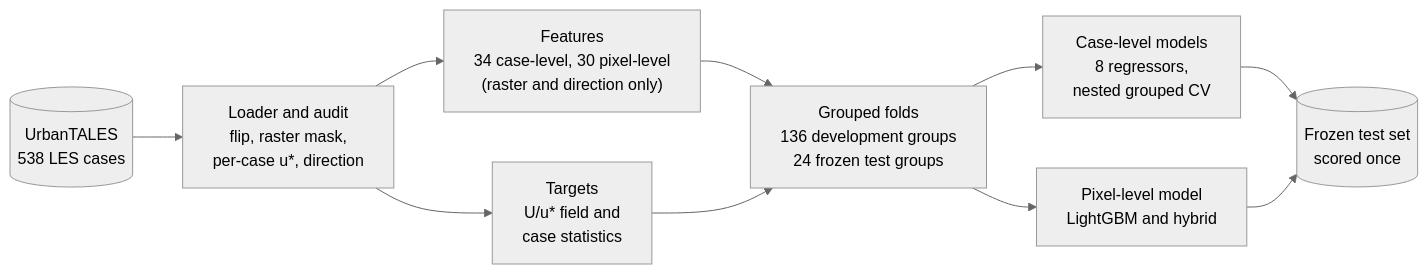
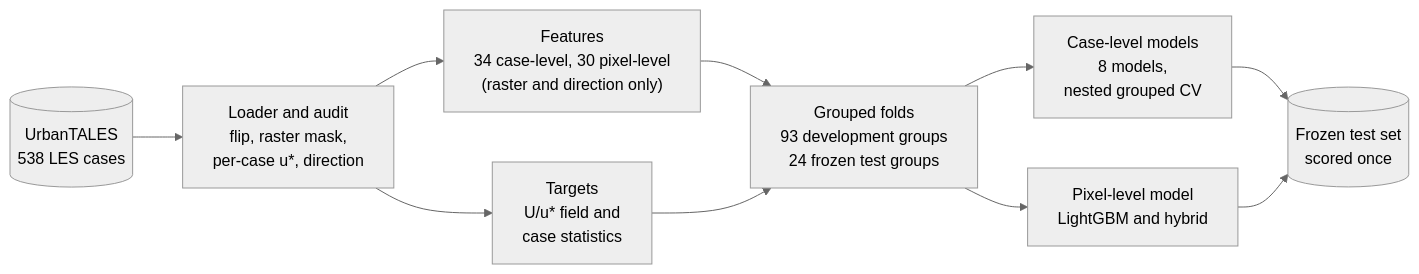
The diagram in README.md (Arya756/Urban-Microclimate-Modelling), drawn with Mermaid (neutral theme) before and after one commit. The commit also changed other lines of this file and 4 other files, not shown here.

````diff
--- a/README.md
+++ b/README.md
@@ -51,12 +53,12 @@
 ```mermaid
 flowchart LR
     A[("UrbanTALES<br/>538 LES cases")] --> B["Loader and audit<br/>flip, raster mask,<br/>per-case u*, direction"]
     B --> C["Features<br/>34 case-level, 30 pixel-level<br/>(raster and direction only)"]
     B --> D["Targets<br/>U/u* field and<br/>case statistics"]
-    C --> E["Grouped folds<br/>136 development groups<br/>24 frozen test groups"]
+    C --> E["Grouped folds<br/>93 development groups<br/>24 frozen test groups"]
     D --> E
-    E --> F["Case-level models<br/>8 regressors,<br/>nested grouped CV"]
+    E --> F["Case-level models<br/>8 models,<br/>nested grouped CV"]
     E --> G["Pixel-level model<br/>LightGBM and hybrid"]
     F --> H[("Frozen test set<br/>scored once")]
     G --> H
 ```
````
